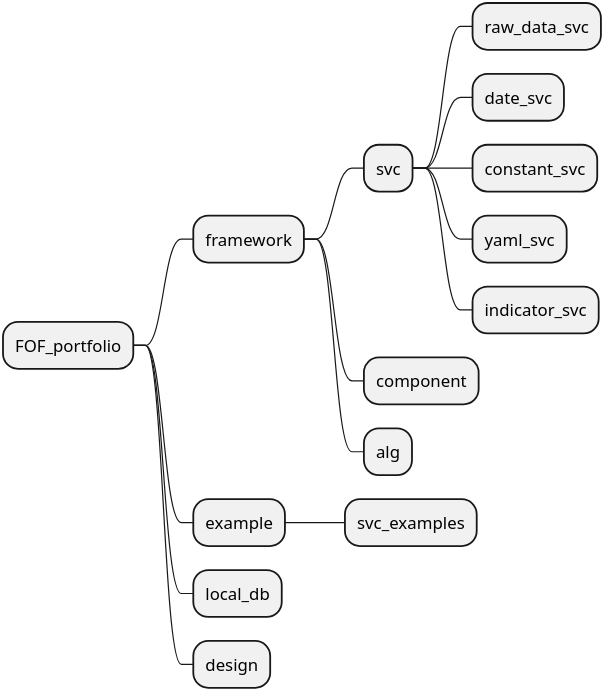
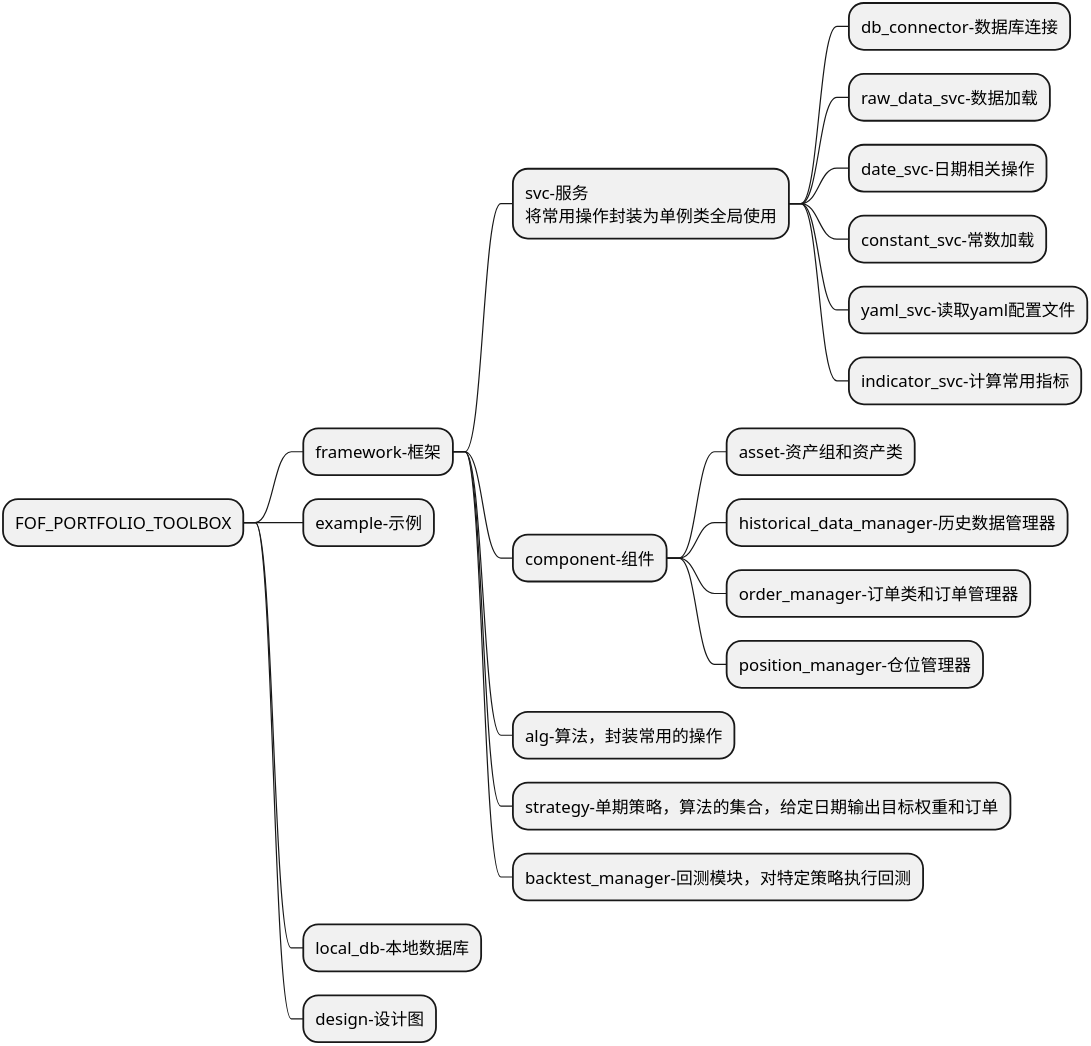
One commit to yuansicheng/FOF_portfolio_toolbox changed the diagram in design/pkgs.wsd. Above: the diagram before and after it, drawn with PlantUML. The commit also changed 18 other files, not shown here.

Commit message:
update position manager

```diff
--- a/design/pkgs.wsd
+++ b/design/pkgs.wsd
@@ -1,19 +1,25 @@
 @startmindmap
 scale 8192*8192
 
-* FOF_portfolio
-    ** framework
-        *** svc
-            **** raw_data_svc
-            **** date_svc
-            **** constant_svc
-            **** yaml_svc
-            **** indicator_svc
-        *** component
-        *** alg
-    ** example
-        *** svc_examples
-    ** local_db
-    ** design
+* FOF_PORTFOLIO_TOOLBOX
+    ** framework-框架
+        *** svc-服务\n将常用操作封装为单例类全局使用
+            **** db_connector-数据库连接
+            **** raw_data_svc-数据加载
+            **** date_svc-日期相关操作
+            **** constant_svc-常数加载
+            **** yaml_svc-读取yaml配置文件
+            **** indicator_svc-计算常用指标
+        *** component-组件
+            **** asset-资产组和资产类
+            **** historical_data_manager-历史数据管理器
+            **** order_manager-订单类和订单管理器
+            **** position_manager-仓位管理器
+        *** alg-算法，封装常用的操作
+        *** strategy-单期策略，算法的集合，给定日期输出目标权重和订单
+        *** backtest_manager-回测模块，对特定策略执行回测
+    ** example-示例
+    ** local_db-本地数据库
+    ** design-设计图
 
 @endmindmap
```
